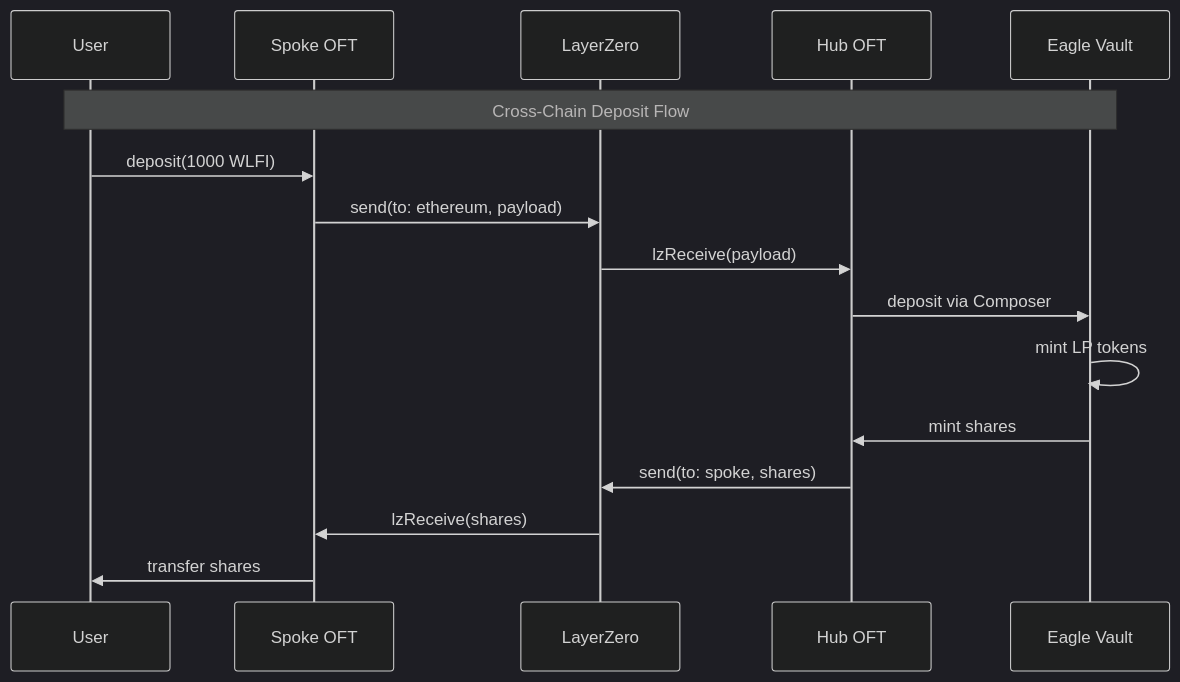
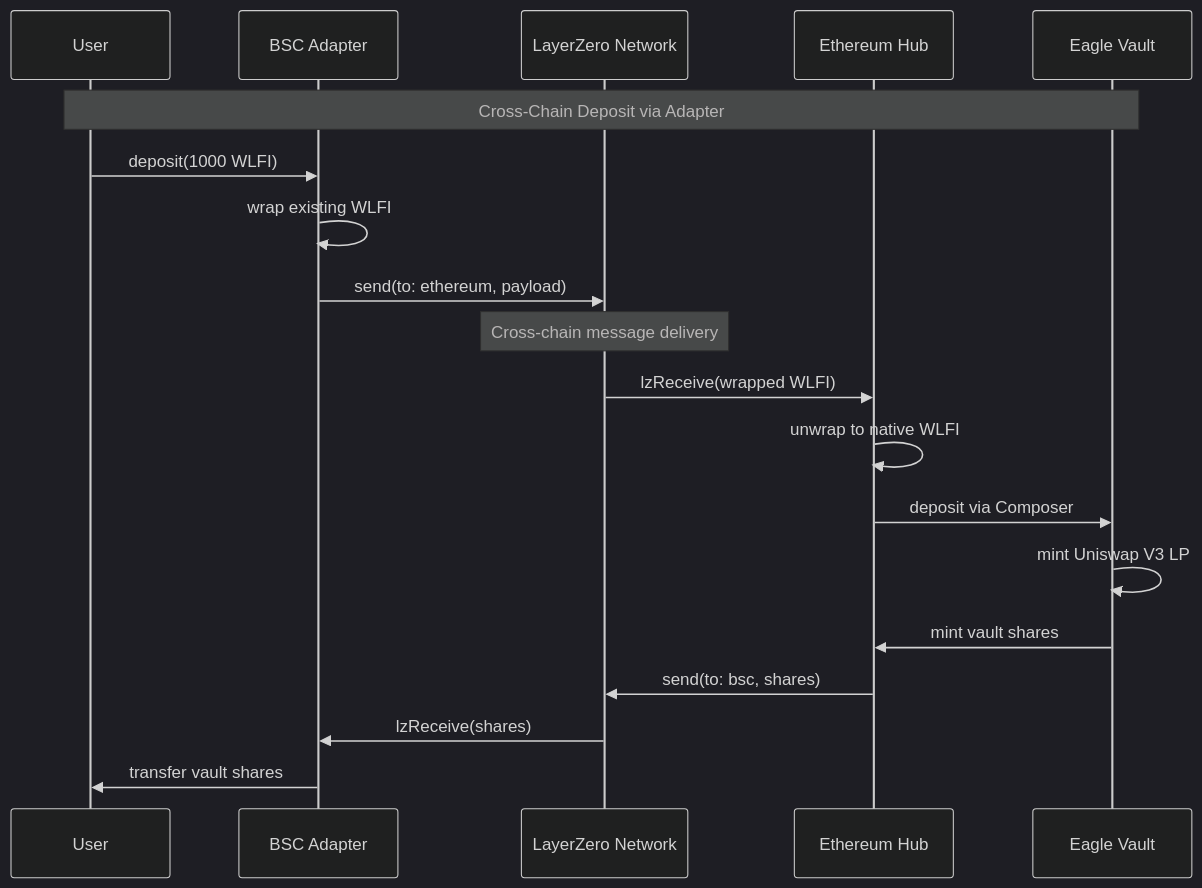
Before and after one commit to 47-Eagle/docs: the third of 5 diagrams in docs/dev/architecture.md, drawn with Mermaid (dark theme). The commit also changed other lines of this file and 2 other files, not shown here.

````diff
--- a/docs/dev/architecture.md
+++ b/docs/dev/architecture.md
@@ -92,20 +192,25 @@
 ```mermaid
 sequenceDiagram
     participant User
-    participant SpokeOFT as Spoke OFT
-    participant LZ as LayerZero
-    participant HubOFT as Hub OFT
+    participant BSC as BSC Adapter
+    participant LZ as LayerZero Network
+    participant ETH as Ethereum Hub
     participant Vault as Eagle Vault
     
-    Note over User, Vault: Cross-Chain Deposit Flow
+    Note over User, Vault: Cross-Chain Deposit via Adapter
     
-    User->>SpokeOFT: deposit(1000 WLFI)
-    SpokeOFT->>LZ: send(to: ethereum, payload)
-    LZ->>HubOFT: lzReceive(payload)
-    HubOFT->>Vault: deposit via Composer
-    Vault->>Vault: mint LP tokens
-    Vault->>HubOFT: mint shares
-    HubOFT->>LZ: send(to: spoke, shares)
-    LZ->>SpokeOFT: lzReceive(shares)
-    SpokeOFT->>User: transfer shares
+    User->>BSC: deposit(1000 WLFI)
+    BSC->>BSC: wrap existing WLFI
+    BSC->>LZ: send(to: ethereum, payload)
+    
+    Note over LZ: Cross-chain message delivery
+    
+    LZ->>ETH: lzReceive(wrapped WLFI)
+    ETH->>ETH: unwrap to native WLFI
+    ETH->>Vault: deposit via Composer
+    Vault->>Vault: mint Uniswap V3 LP
+    Vault->>ETH: mint vault shares
+    ETH->>LZ: send(to: bsc, shares)
+    LZ->>BSC: lzReceive(shares)
+    BSC->>User: transfer vault shares
 ```
````
